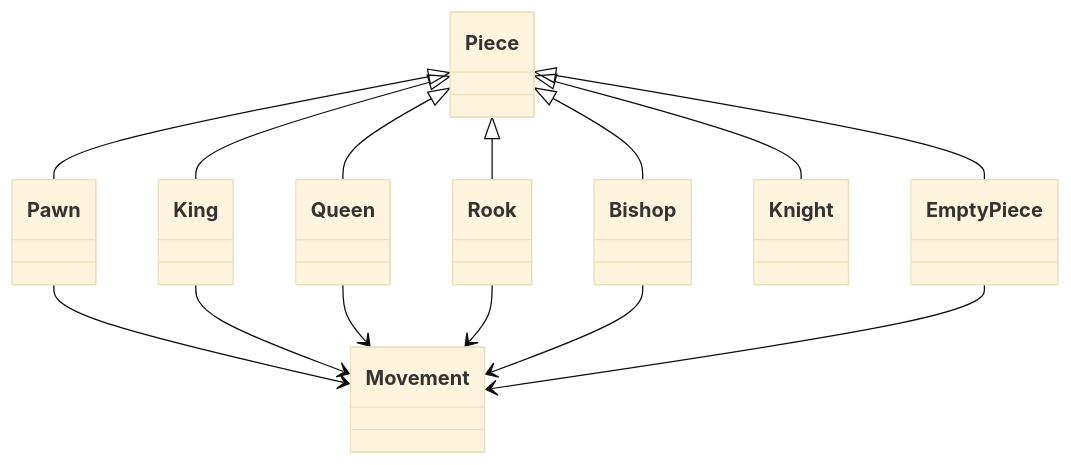
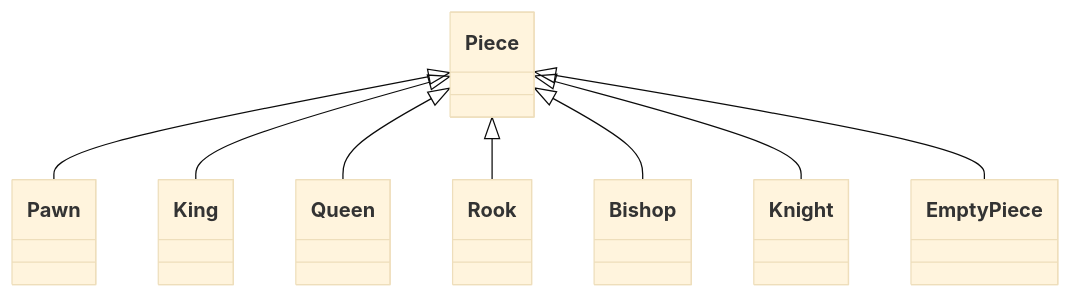
The second of 2 diagrams in README.md (woowacourse/java-chess), drawn with Mermaid (base theme) before and after one commit. The commit also changed other lines of this file, not shown here.

````diff
--- a/README.md
+++ b/README.md
@@ -31,16 +27,10 @@
 ```mermaid
 classDiagram
-    Piece <|-- Pawn
-    Piece <|-- King
-    Piece <|-- Queen
-    Piece <|-- Rook
-    Piece <|-- Bishop
-    Piece <|-- Knight
-    Piece <|-- EmptyPiece
-    Pawn --> Movement
-    King --> Movement
-    Queen --> Movement
-    Rook --> Movement
-    Bishop --> Movement
-    EmptyPiece --> Movement
+  Piece <|-- Pawn
+  Piece <|-- King
+  Piece <|-- Queen
+  Piece <|-- Rook
+  Piece <|-- Bishop
+  Piece <|-- Knight
+  Piece <|-- EmptyPiece
 ```
````
